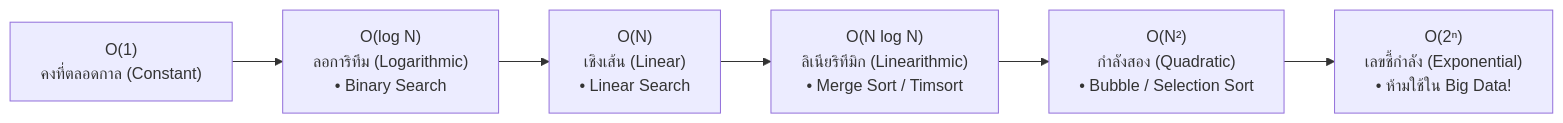
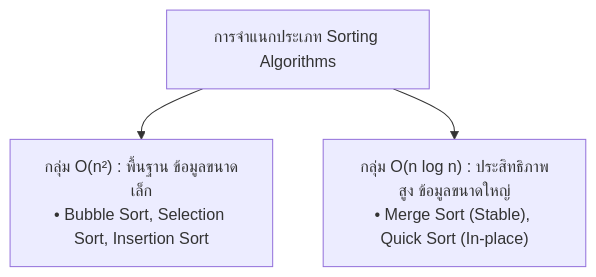
One commit to Tsanaphy2023/computing-science changed the diagram in book1_chapters/chapter06_sorting_and_big_o.md. Above: the diagram before and after it, drawn with Mermaid. The commit also changed other lines of this file and 13 other files, not shown here.

````diff
--- a/book1_chapters/chapter06_sorting_and_big_o.md
+++ b/book1_chapters/chapter06_sorting_and_big_o.md
@@ -33,8 +58,8 @@
 ```mermaid
-graph LR
-    O1["O(1)\nคงที่ตลอดกาล (Constant)"] --> OLOGN["O(log N)\nลอการิทึม (Logarithmic)\n• Binary Search"]
-    OLOGN --> ON["O(N)\nเชิงเส้น (Linear)\n• Linear Search"]
-    ON --> ONLOGN["O(N log N)\nลิเนียริทึมิก (Linearithmic)\n• Merge Sort / Timsort"]
-    ONLOGN --> ON2["O(N²)\nกำลังสอง (Quadratic)\n• Bubble / Selection Sort"]
-    ON2 --> O2N["O(2ⁿ)\nเลขชี้กำลัง (Exponential)\n• ห้ามใช้ใน Big Data!"]
+graph TD
+    Sort["การจำแนกประเภท Sorting Algorithms"]
+    Sort --> Quad["กลุ่ม O(n²) : พื้นฐาน ข้อมูลขนาดเล็ก
+• Bubble Sort, Selection Sort, Insertion Sort"]
+    Sort --> NLogN["กลุ่ม O(n log n) : ประสิทธิภาพสูง ข้อมูลขนาดใหญ่
+• Merge Sort (Stable), Quick Sort (In-place)"]
 ```
````
